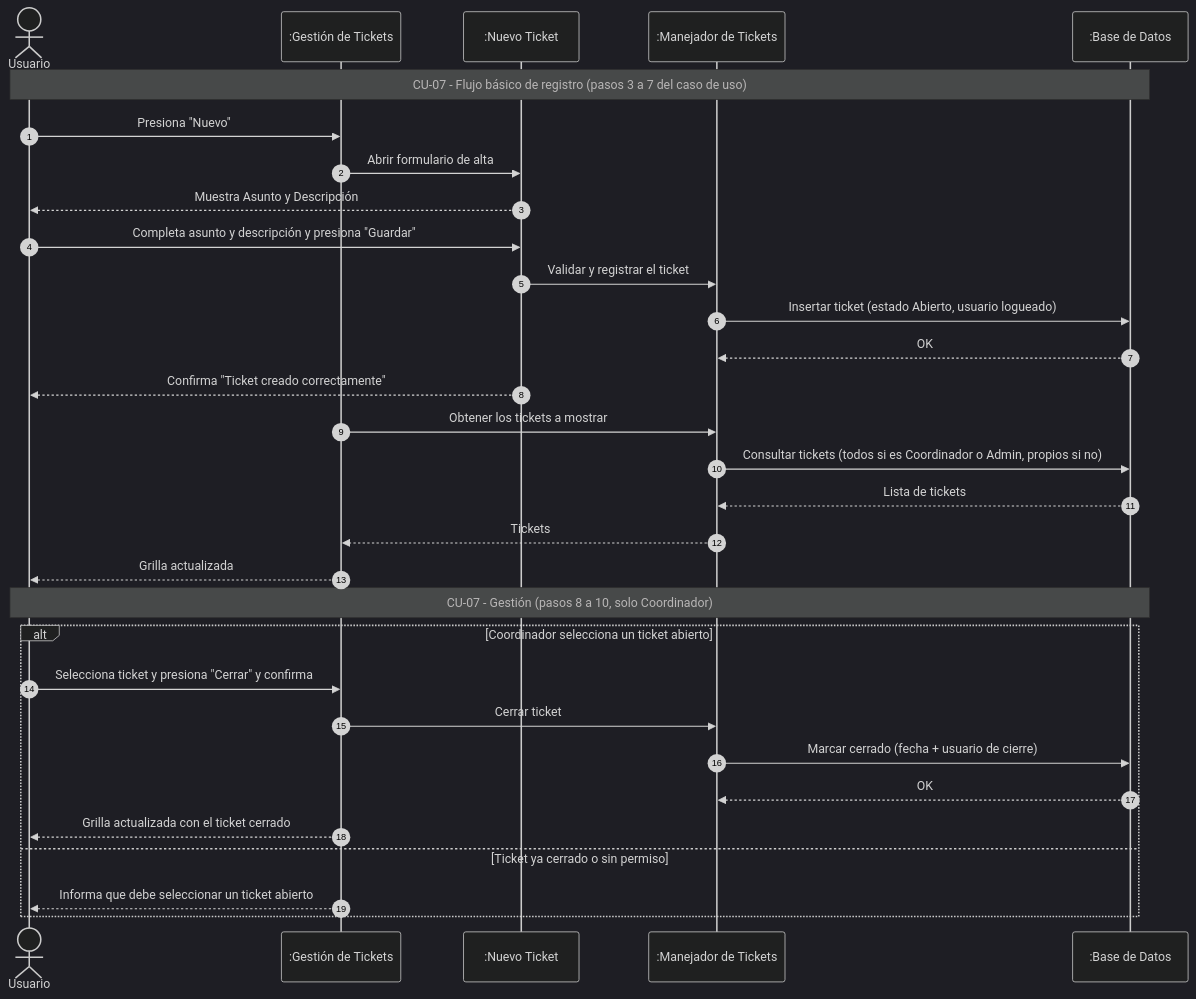
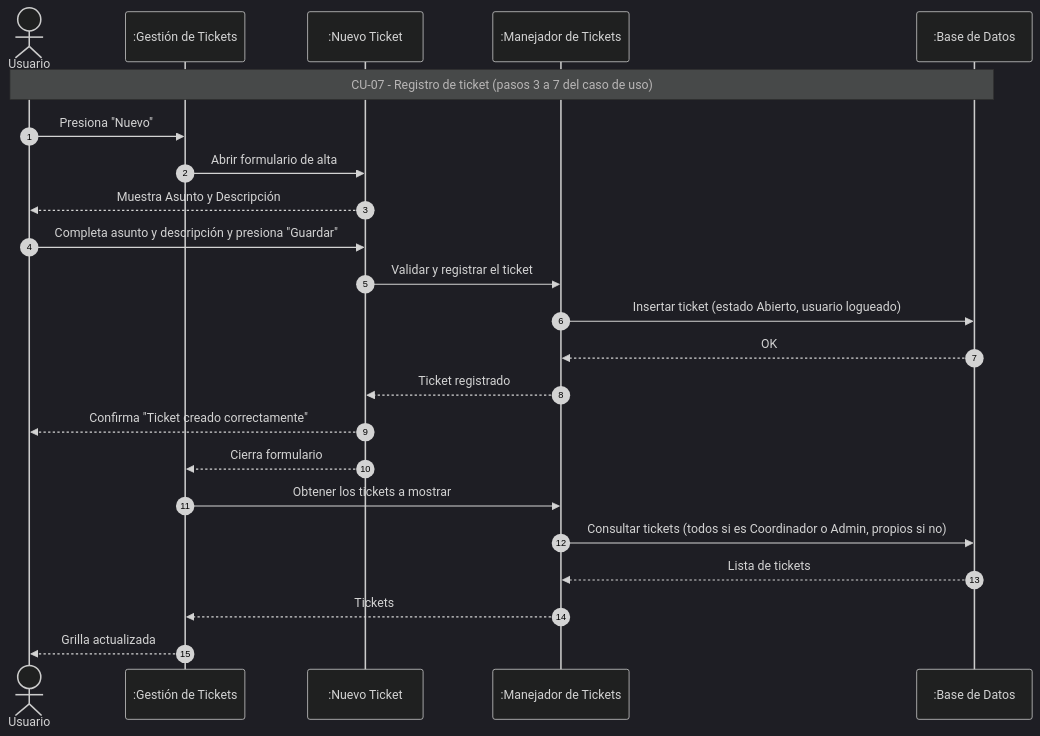
The diagram in docs/mermaid-live/4.6.8.secuencia-tickets.mmd (DarioZubaray/Proyecto-Final), drawn with Mermaid (dark theme) before and after one commit. The commit also changed 20 other files, not shown here.

Commit message:
diagrams second delivery addded

```diff
--- a/docs/mermaid-live/4.6.8.secuencia-tickets.mmd
+++ b/docs/mermaid-live/4.6.8.secuencia-tickets.mmd
@@ -1,33 +1,24 @@
 sequenceDiagram
     autonumber
     actor Usuario
     participant GT as :Gestión de Tickets
     participant NT as :Nuevo Ticket
     participant MT as :Manejador de Tickets
     participant BD as :Base de Datos
 
-    Note over Usuario,BD: CU-07 - Flujo básico de registro (pasos 3 a 7 del caso de uso)
+    Note over Usuario,BD: CU-07 - Registro de ticket (pasos 3 a 7 del caso de uso)
     Usuario->>GT: Presiona "Nuevo"
     GT->>NT: Abrir formulario de alta
     NT-->>Usuario: Muestra Asunto y Descripción
     Usuario->>NT: Completa asunto y descripción y presiona "Guardar"
     NT->>MT: Validar y registrar el ticket
     MT->>BD: Insertar ticket (estado Abierto, usuario logueado)
     BD-->>MT: OK
+    MT-->>NT: Ticket registrado
     NT-->>Usuario: Confirma "Ticket creado correctamente"
+    NT-->>GT: Cierra formulario
     GT->>MT: Obtener los tickets a mostrar
     MT->>BD: Consultar tickets (todos si es Coordinador o Admin, propios si no)
     BD-->>MT: Lista de tickets
     MT-->>GT: Tickets
     GT-->>Usuario: Grilla actualizada
-
-    Note over Usuario,BD: CU-07 - Gestión (pasos 8 a 10, solo Coordinador)
-    alt Coordinador selecciona un ticket abierto
-        Usuario->>GT: Selecciona ticket y presiona "Cerrar" y confirma
-        GT->>MT: Cerrar ticket
-        MT->>BD: Marcar cerrado (fecha + usuario de cierre)
-        BD-->>MT: OK
-        GT-->>Usuario: Grilla actualizada con el ticket cerrado
-    else Ticket ya cerrado o sin permiso
-        GT-->>Usuario: Informa que debe seleccionar un ticket abierto
-    end
```
